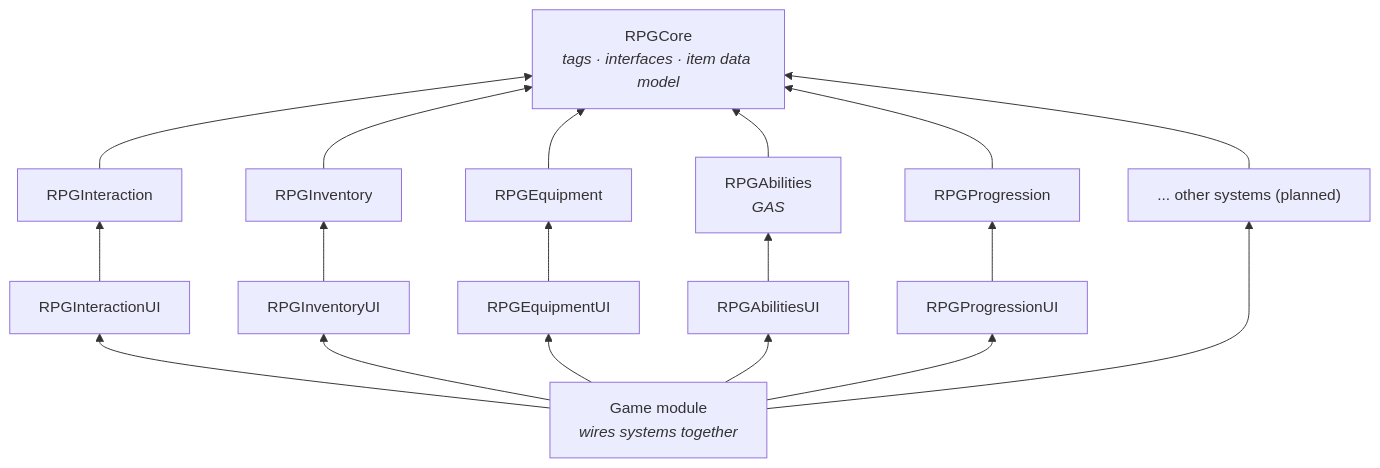
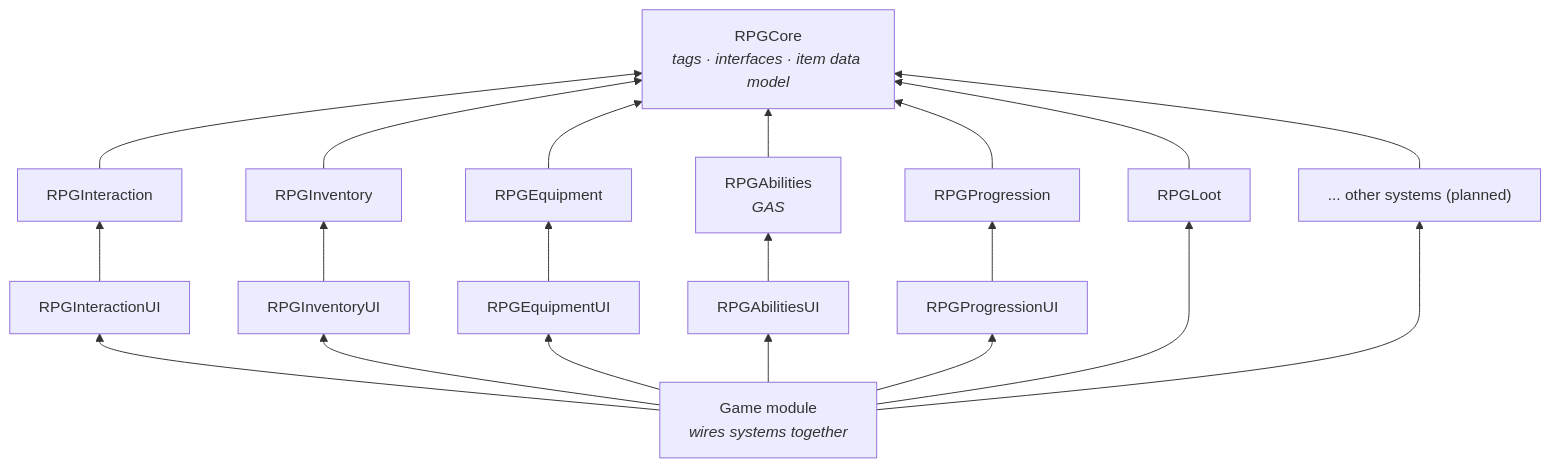
The first of 2 diagrams in README.md (eren-pekdemir/RPGTemplate), drawn with Mermaid before and after one commit. The commit also changed other lines of this file and 54 other files, not shown here.

````diff
--- a/README.md
+++ b/README.md
@@ -34,34 +34,37 @@
 ```mermaid
 graph BT
     Core["RPGCore<br/><i>tags · interfaces · item data model</i>"]
     Interaction["RPGInteraction"]
     InteractionUI["RPGInteractionUI"]
     Inventory["RPGInventory"]
     InventoryUI["RPGInventoryUI"]
     Equipment["RPGEquipment"]
     EquipmentUI["RPGEquipmentUI"]
     Abilities["RPGAbilities<br/><i>GAS</i>"]
     AbilitiesUI["RPGAbilitiesUI"]
     Progression["RPGProgression"]
     ProgressionUI["RPGProgressionUI"]
+    Loot["RPGLoot"]
     Other["... other systems (planned)"]
     Game["Game module<br/><i>wires systems together</i>"]
 
     Interaction --> Core
     InteractionUI --> Interaction
     Inventory --> Core
     InventoryUI --> Inventory
     Equipment --> Core
     EquipmentUI --> Equipment
     Abilities --> Core
     AbilitiesUI --> Abilities
     Progression --> Core
     ProgressionUI --> Progression
+    Loot --> Core
     Other --> Core
     Game --> InteractionUI
     Game --> InventoryUI
     Game --> EquipmentUI
     Game --> AbilitiesUI
     Game --> ProgressionUI
+    Game --> Loot
     Game --> Other
 ```
````
